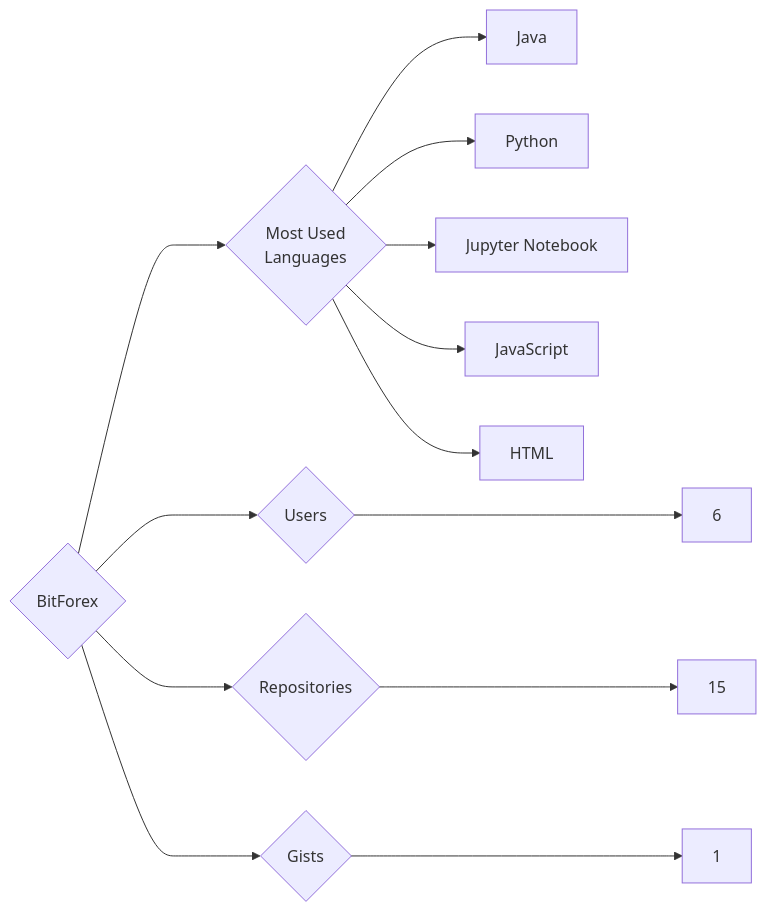
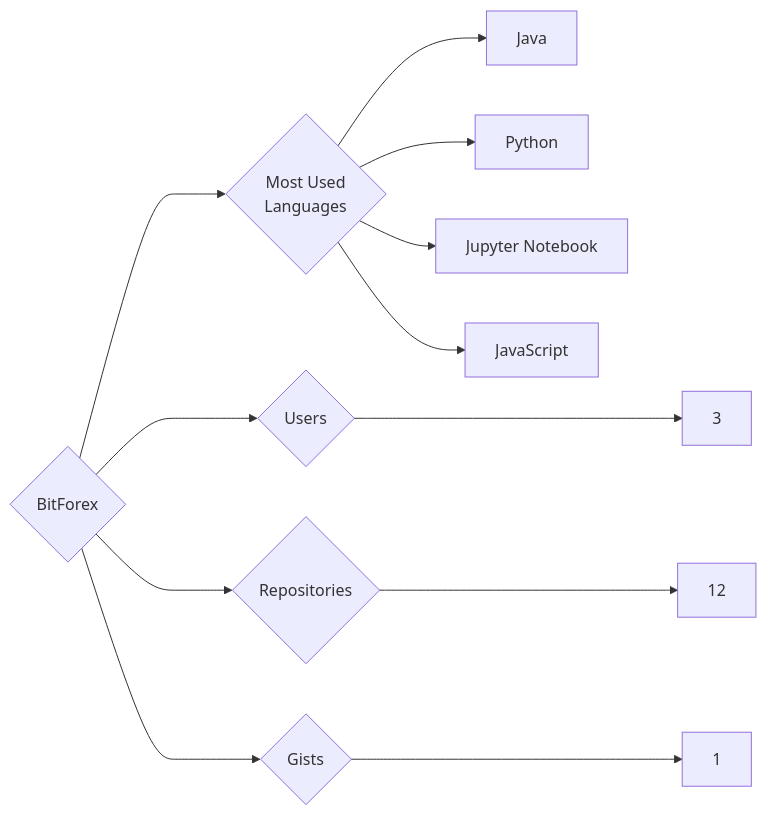
One commit to trickest/insiders changed the diagram in targets/BitForex/README.md. Above: the diagram before and after it, drawn with Mermaid. The commit also changed 783 other files, not shown here.

````diff
--- a/targets/BitForex/README.md
+++ b/targets/BitForex/README.md
@@ -3,13 +3,12 @@
 ```mermaid
 graph LR
 COMPANY_NAME{BitForex}
-COMPANY_NAME ---> U{Users} ---> UN[6]
-COMPANY_NAME ---> R{Repositories} ---> RN[15]
+COMPANY_NAME ---> U{Users} ---> UN[3]
+COMPANY_NAME ---> R{Repositories} ---> RN[12]
 COMPANY_NAME ---> G{Gists} ---> GN[1]
 COMPANY_NAME ---> ML{Most Used<br>Languages}
 ML --> Java[Java]
 ML --> Python[Python]
 ML --> Jupyter_Notebook[Jupyter Notebook]
 ML --> JavaScript[JavaScript]
-ML --> HTML[HTML]
 ```
````
